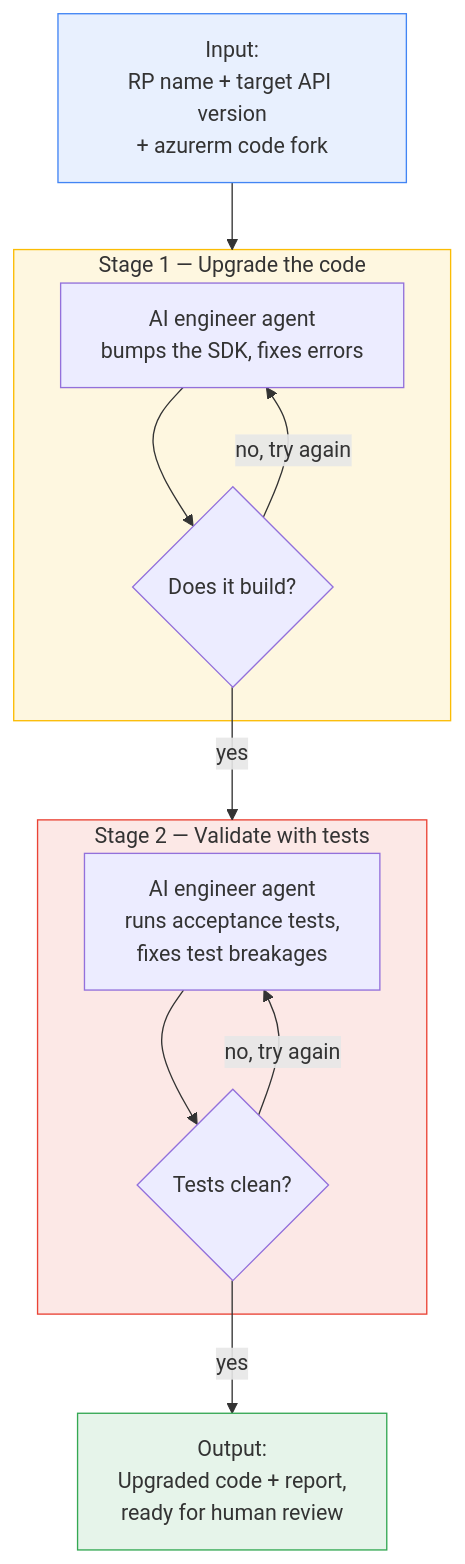
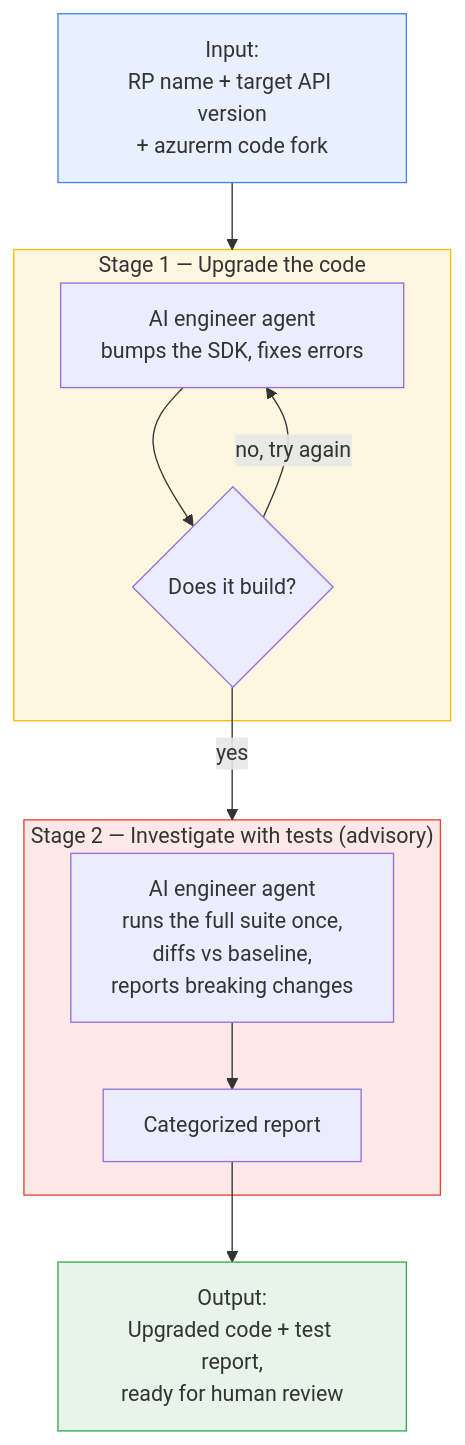
One commit to QixiaLu/azurerm-rp-sdk-upgrader changed the first of 2 diagrams in OVERVIEW.md. Above: the diagram before and after it, drawn with Mermaid. The commit also changed other lines of this file and 17 other files, not shown here.

````diff
--- a/OVERVIEW.md
+++ b/OVERVIEW.md
@@ -15,23 +25,22 @@
 ```mermaid
 flowchart TD
     IN["Input:<br/>RP name + target API version<br/>+ azurerm code fork"] --> S1
 
     subgraph S1["Stage 1 — Upgrade the code"]
         A1["AI engineer agent<br/>bumps the SDK, fixes errors"] --> C1{"Does it build?"}
         C1 -->|no, try again| A1
     end
 
     C1 -->|yes| S2
 
-    subgraph S2["Stage 2 — Validate with tests"]
-        A2["AI engineer agent<br/>runs acceptance tests,<br/>fixes test breakages"] --> C2{"Tests clean?"}
-        C2 -->|no, try again| A2
+    subgraph S2["Stage 2 — Investigate with tests (advisory)"]
+        A2["AI engineer agent<br/>runs the full suite once,<br/>diffs vs baseline,<br/>reports breaking changes"] --> R2["Categorized report"]
     end
 
-    C2 -->|yes| OUT["Output:<br/>Upgraded code + report,<br/>ready for human review"]
+    R2 --> OUT["Output:<br/>Upgraded code + test report,<br/>ready for human review"]
 
     style IN fill:#e8f0fe,stroke:#4285f4
     style OUT fill:#e6f4ea,stroke:#34a853
     style S1 fill:#fef7e0,stroke:#fbbc04
     style S2 fill:#fce8e6,stroke:#ea4335
 ```
````
